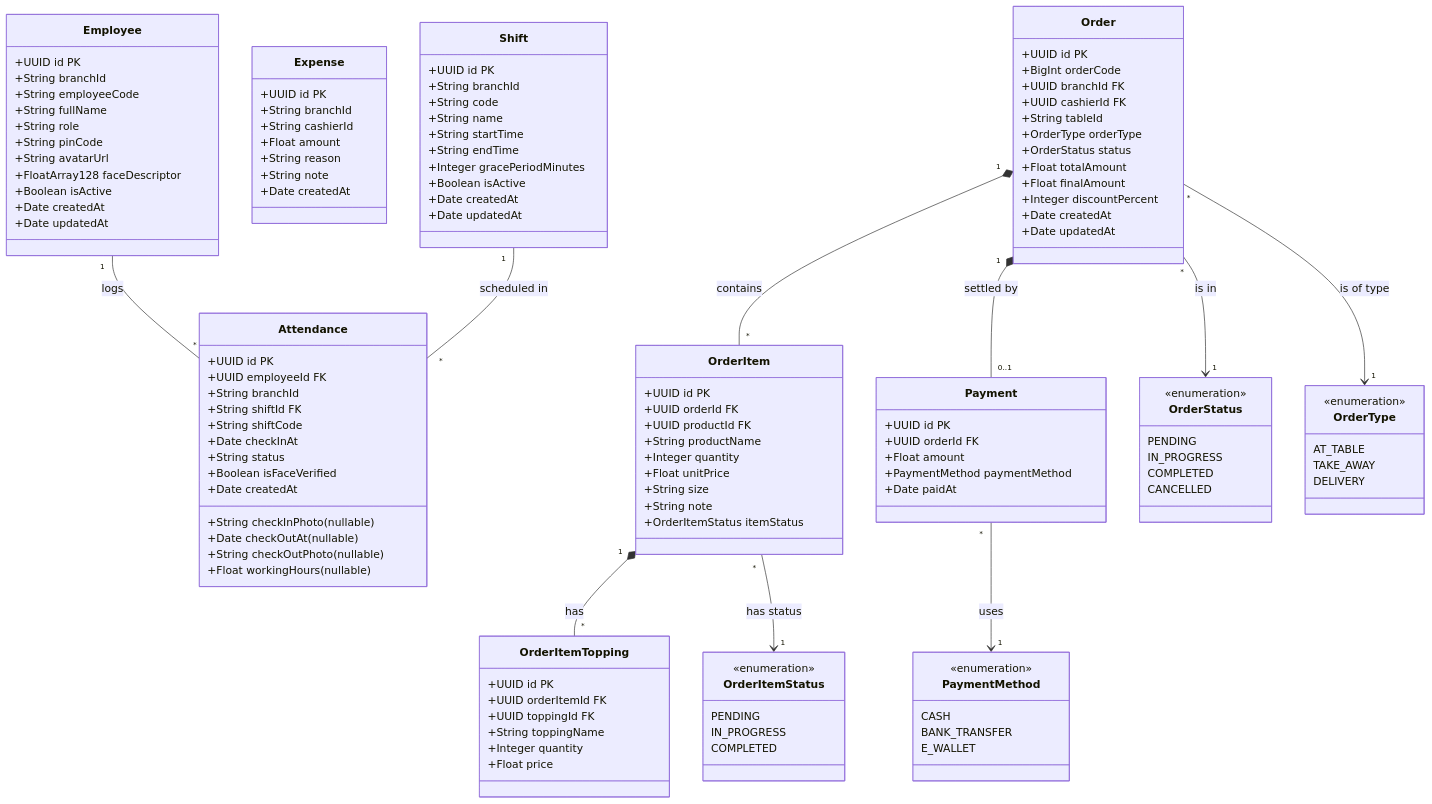
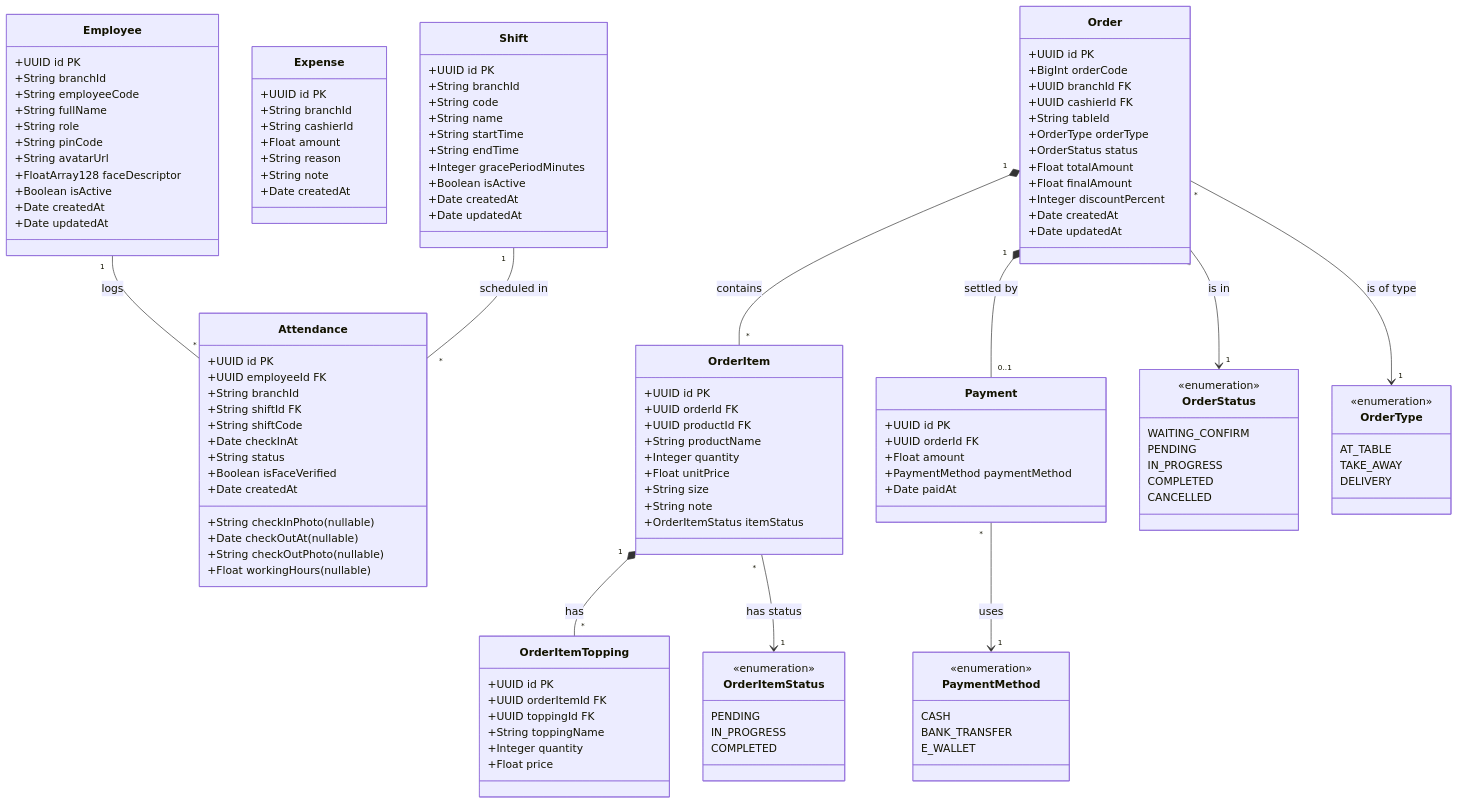
One commit to pnwang1704/KLTN_N70 changed the third of 6 diagrams in docs/CLASS_DIAGRAMS.md. Above: the diagram before and after it, drawn with Mermaid. The commit also changed other lines of this file and 6 other files, not shown here.

Commit message:
docs: update README and technical docs for QR ordering, anti-fake approval flow and Neon Cloud DB

```diff
--- a/docs/CLASS_DIAGRAMS.md
+++ b/docs/CLASS_DIAGRAMS.md
@@ -182,6 +182,7 @@
 
     class OrderStatus {
         <<enumeration>>
+        WAITING_CONFIRM
         PENDING
         IN_PROGRESS
         COMPLETED
```
